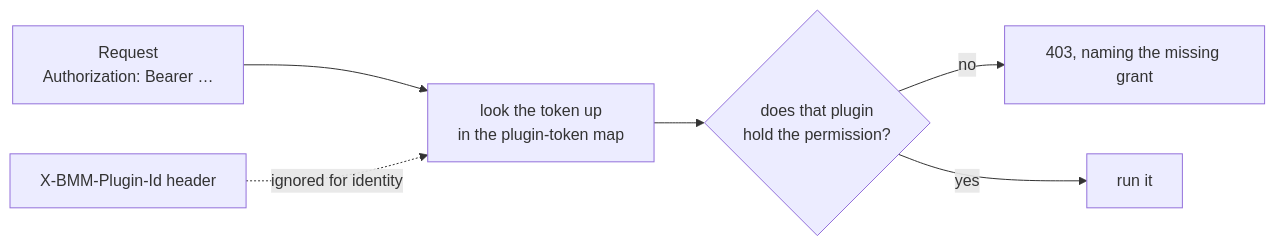
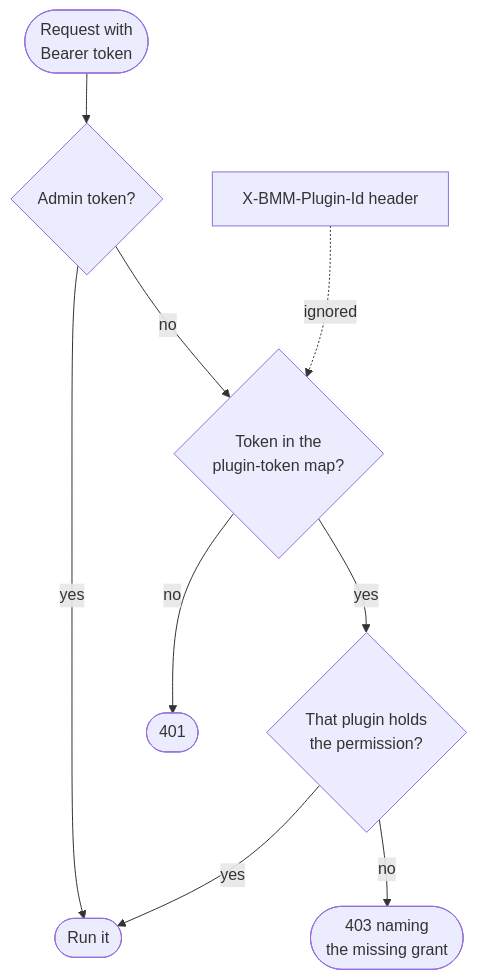
Before and after one commit to FreeProject089/BetterModsManager: the second of 3 diagrams in frontend/assets/docs/en/how-it-works/security.md, drawn with Mermaid. The commit also changed other lines of this file and 176 other files, not shown here.

````diff
--- a/frontend/assets/docs/en/how-it-works/security.md
+++ b/frontend/assets/docs/en/how-it-works/security.md
@@ -84,8 +84,11 @@
 ```mermaid
-flowchart LR
-    REQ["Request<br/>Authorization: Bearer …"] --> LOOK["look the token up<br/>in the plugin-token map"]
-    HDR["X-BMM-Plugin-Id header"] -. "ignored for identity" .-> LOOK
-    LOOK --> PERM{"does that plugin<br/>hold the permission?"}
-    PERM -- no --> F403["403, naming the missing grant"]
-    PERM -- yes --> RUN["run it"]
+flowchart TD
+    REQ(["Request with<br/>Bearer token"]) --> ADMIN{"Admin token?"}
+    ADMIN -- "yes" --> RUN(["Run it"])
+    ADMIN -- "no" --> LOOK{"Token in the<br/>plugin-token map?"}
+    HDR["X-BMM-Plugin-Id header"] -. "ignored" .-> LOOK
+    LOOK -- "no" --> F401(["401"])
+    LOOK -- "yes" --> PERM{"That plugin holds<br/>the permission?"}
+    PERM -- "yes" --> RUN
+    PERM -- "no" --> F403(["403 naming<br/>the missing grant"])
 ```
````
